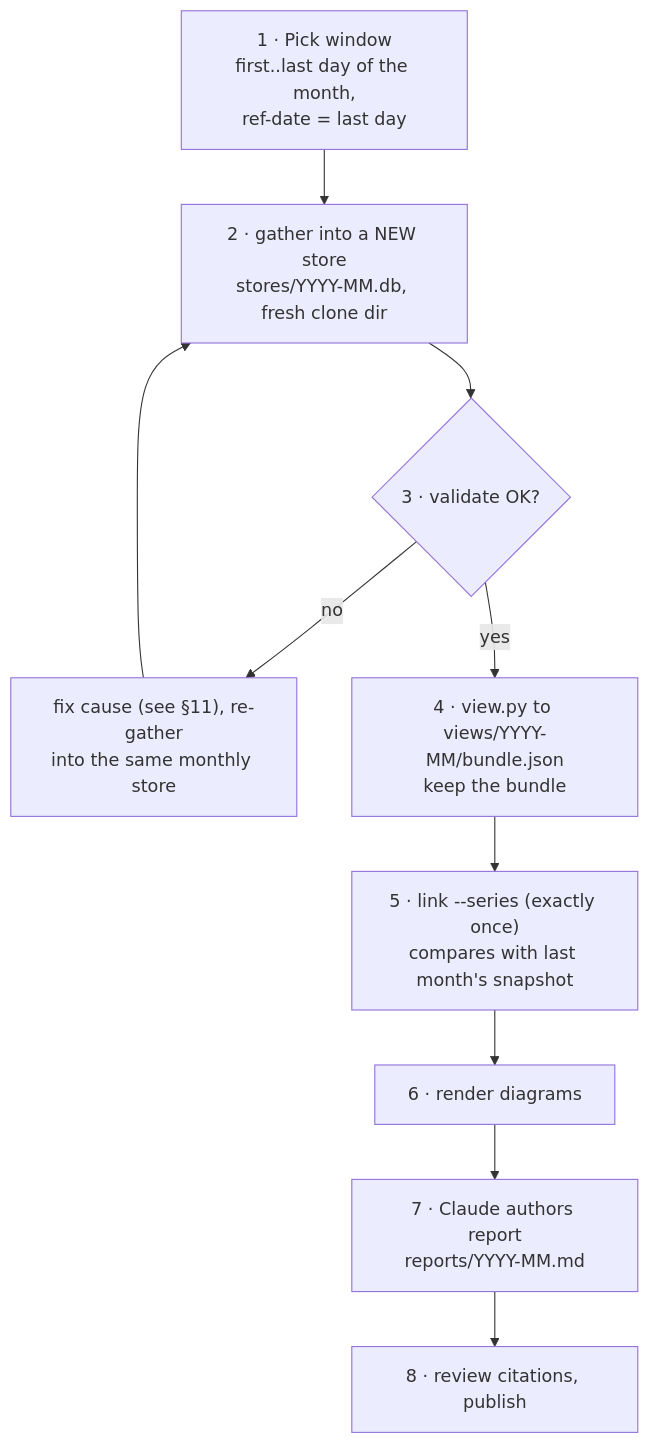
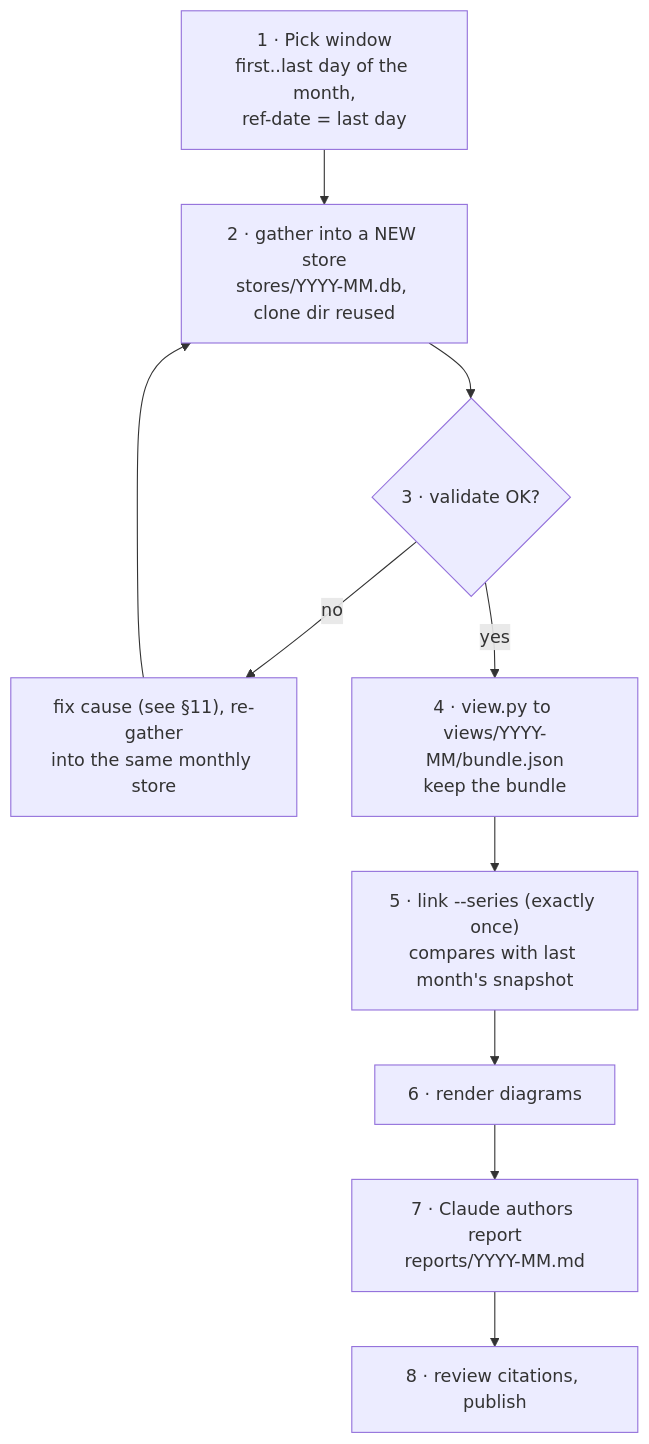
The first of 2 diagrams in .claude/skills/activity-overview/docs/USAGE.md (DamianFlynn/experiments), drawn with Mermaid before and after one commit. The commit also changed other lines of this file and 8 other files, not shown here.

````diff
--- a/.claude/skills/activity-overview/docs/USAGE.md
+++ b/.claude/skills/activity-overview/docs/USAGE.md
@@ -178,11 +177,11 @@
 ```mermaid
 flowchart TB
-  a["1 · Pick window<br/>first..last day of the month,<br/>ref-date = last day"] --> b["2 · gather into a NEW store<br/>stores/YYYY-MM.db, fresh clone dir"]
+  a["1 · Pick window<br/>first..last day of the month,<br/>ref-date = last day"] --> b["2 · gather into a NEW store<br/>stores/YYYY-MM.db, clone dir reused"]
   b --> c{"3 · validate OK?"}
   c -- no --> fix["fix cause (see §11), re-gather<br/>into the same monthly store"] --> b
   c -- yes --> d["4 · view.py to views/YYYY-MM/bundle.json<br/>keep the bundle"]
   d --> e["5 · link --series (exactly once)<br/>compares with last month's snapshot"]
   e --> f["6 · render diagrams"]
   f --> g["7 · Claude authors report<br/>reports/YYYY-MM.md"]
   g --> h["8 · review citations, publish"]
 ```
````
